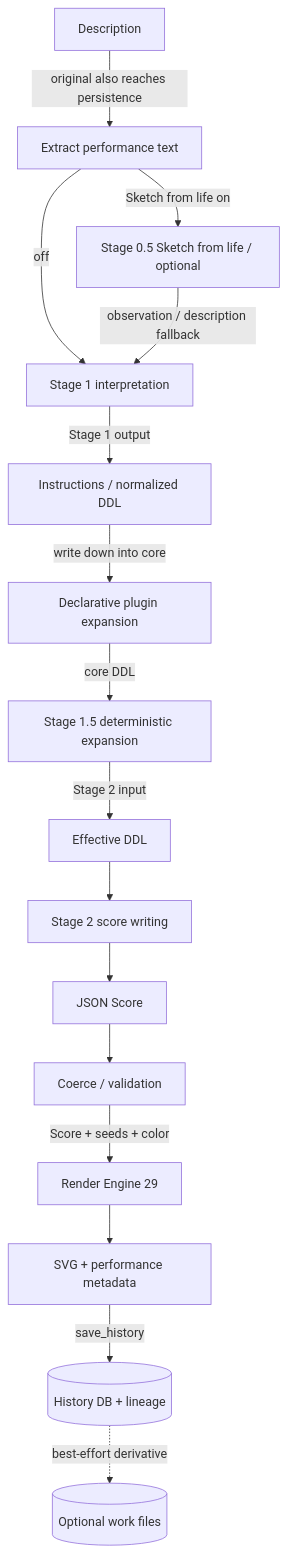
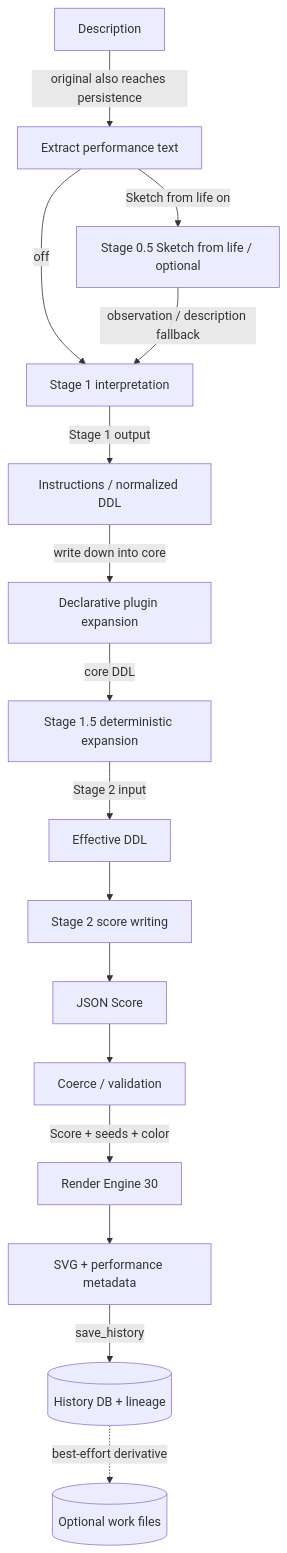
Before and after one commit to oikawas/inku-lang: the first of 2 diagrams in docs/architecture/ddl-processing-pipeline.md, drawn with Mermaid. The commit also changed 94 other files, not shown here.

Commit message:
docs: v2.13.6 / Build 891 -- a mark keeps its shape on any canvas (render engine 30)

````diff
--- a/docs/architecture/ddl-processing-pipeline.md
+++ b/docs/architecture/ddl-processing-pipeline.md
@@ -19,34 +19,34 @@
 ```mermaid
 flowchart TD
     DESC["Description"]
     LABELS["Extract performance text"]
     S05["Stage 0.5 Sketch from life / optional"]
     S1["Stage 1 interpretation"]
     DDL["Instructions / normalized DDL"]
     PLUGIN["Declarative plugin expansion"]
     S15["Stage 1.5 deterministic expansion"]
     EFFECTIVE["Effective DDL"]
     S2["Stage 2 score writing"]
     SCORE["JSON Score"]
     COERCE["Coerce / validation"]
-    RENDER["Render Engine 29"]
+    RENDER["Render Engine 30"]
     SVG["SVG + performance metadata"]
     HISTORY[("History DB + lineage")]
     FILES[("Optional work files")]
 
     DESC -->|"original also reaches persistence"| LABELS
     LABELS -->|"Sketch from life on"| S05
     LABELS -->|"off"| S1
     S05 -->|"observation / description fallback"| S1
     S1 -->|"Stage 1 output"| DDL
     DDL -->|"write down into core"| PLUGIN
     PLUGIN -->|"core DDL"| S15
     S15 -->|"Stage 2 input"| EFFECTIVE
     EFFECTIVE --> S2
     S2 --> SCORE
     SCORE --> COERCE
     COERCE -->|"Score + seeds + color"| RENDER
     RENDER --> SVG
     SVG -->|"save_history"| HISTORY
     HISTORY -.->|"best-effort derivative"| FILES
 ```
````
